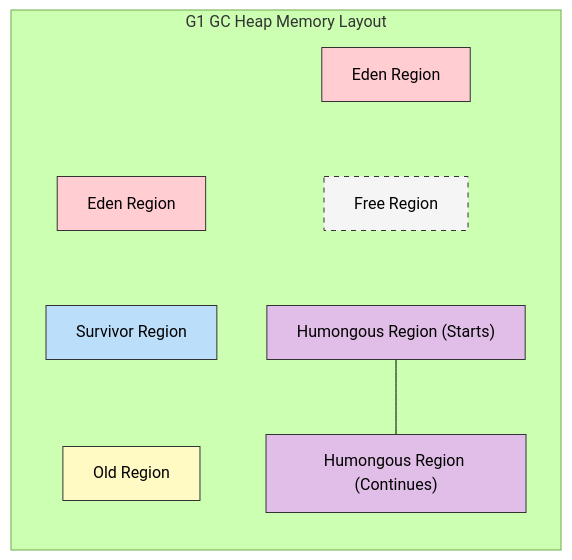
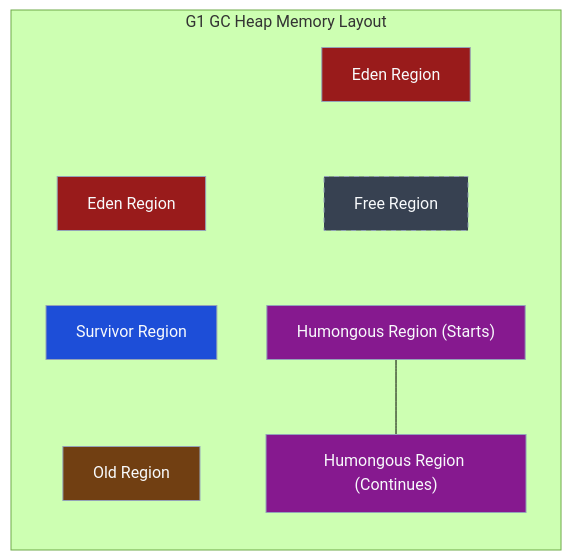
One commit to Kang-Hyesung/kang-hyesung.github.io changed the diagram in _posts/java/08-gc/2026-01-19-g1(garbage-first)-gc.md. Above: the diagram before and after it, drawn with Mermaid (forest theme). The commit also changed 74 other files, not shown here.

Commit message:
docs: update post visibility and mermaid colors

````diff
--- a/_posts/java/08-gc/2026-01-19-g1(garbage-first)-gc.md
+++ b/_posts/java/08-gc/2026-01-19-g1(garbage-first)-gc.md
@@ -39,24 +39,24 @@
 ```mermaid
 graph TD
     subgraph "G1 GC Heap Memory Layout"
     direction TB
     R1["Eden Region"]:::eden
     R2["Survivor Region"]:::survivor
     R3["Old Region"]:::old
     R4["Eden Region"]:::eden
     R5["Free Region"]:::free
     R6["Humongous Region (Starts)"]:::humongous
     R7["Humongous Region (Continues)"]:::humongous
     
     R1 ~~~ R2 ~~~ R3
     R4 ~~~ R5 ~~~ R6
     R6 --- R7
     end
 
-    classDef eden fill:#ffcdd2,stroke:#333,stroke-width:1px
-    classDef survivor fill:#bbdefb,stroke:#333,stroke-width:1px
-    classDef old fill:#fff9c4,stroke:#333,stroke-width:1px
-    classDef free fill:#f5f5f5,stroke:#333,stroke-width:1px,stroke-dasharray: 5 5
-    classDef humongous fill:#e1bee7,stroke:#333,stroke-width:1px
+    classDef eden fill:#991b1b,stroke:#94a3b8,stroke-width:1px,color:#f8fafc
+    classDef survivor fill:#1d4ed8,stroke:#94a3b8,stroke-width:1px,color:#f8fafc
+    classDef old fill:#713f12,stroke:#94a3b8,stroke-width:1px,color:#f8fafc
+    classDef free fill:#374151,stroke:#94a3b8,stroke-width:1px,stroke-dasharray: 5 5,color:#f8fafc
+    classDef humongous fill:#86198f,stroke:#94a3b8,stroke-width:1px,color:#f8fafc
 
 ```
````
